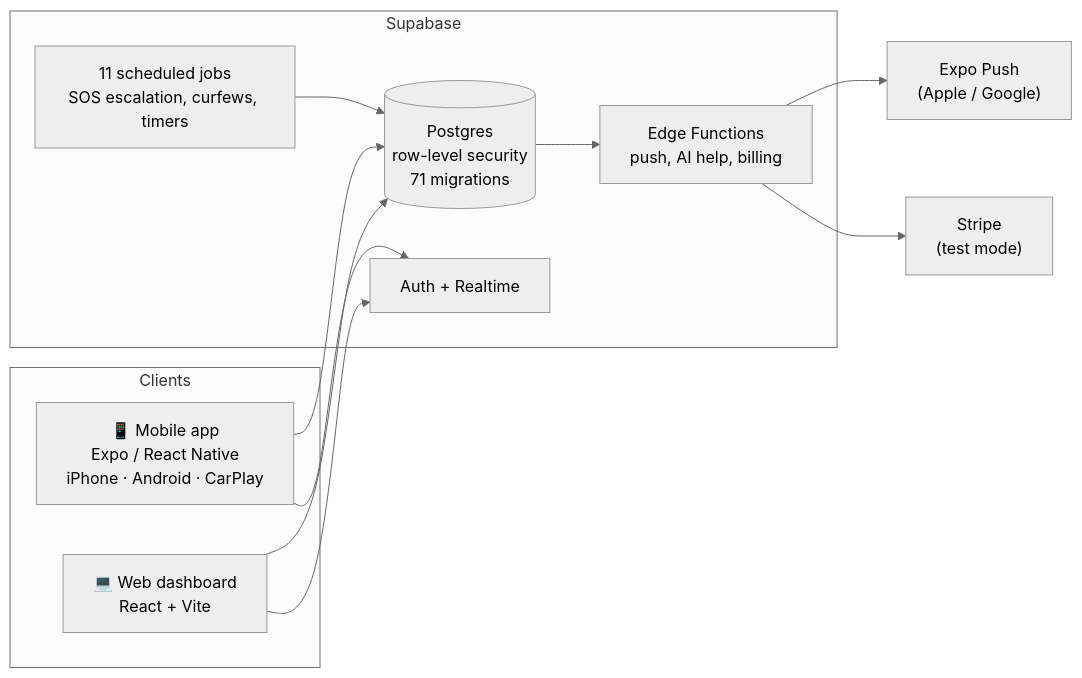
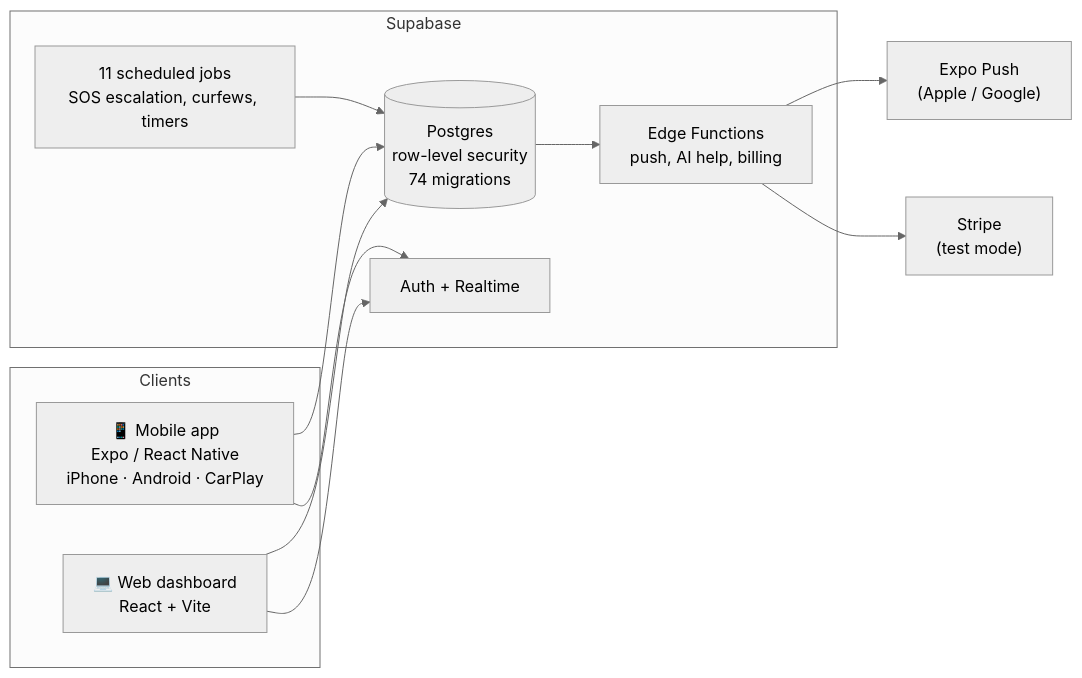
One commit to Avi0790/safe-circle changed the diagram in README.md. Above: the diagram before and after it, drawn with Mermaid (neutral theme). The commit also changed other lines of this file and 26 other files, not shown here.

````diff
--- a/README.md
+++ b/README.md
@@ -110,21 +111,21 @@
 ```mermaid
 flowchart LR
     subgraph Clients
         A["📱 Mobile app<br/>Expo / React Native<br/>iPhone · Android · CarPlay"]
         W["💻 Web dashboard<br/>React + Vite"]
     end
     subgraph Supabase
-        DB[("Postgres<br/>row-level security<br/>71 migrations")]
+        DB[("Postgres<br/>row-level security<br/>74 migrations")]
         AU["Auth + Realtime"]
         CR["11 scheduled jobs<br/>SOS escalation, curfews, timers"]
         EF["Edge Functions<br/>push, AI help, billing"]
     end
     A --> DB
     W --> DB
     A --> AU
     W --> AU
     CR --> DB
     DB --> EF
     EF --> P["Expo Push<br/>(Apple / Google)"]
     EF --> S["Stripe<br/>(test mode)"]
 ```
````
